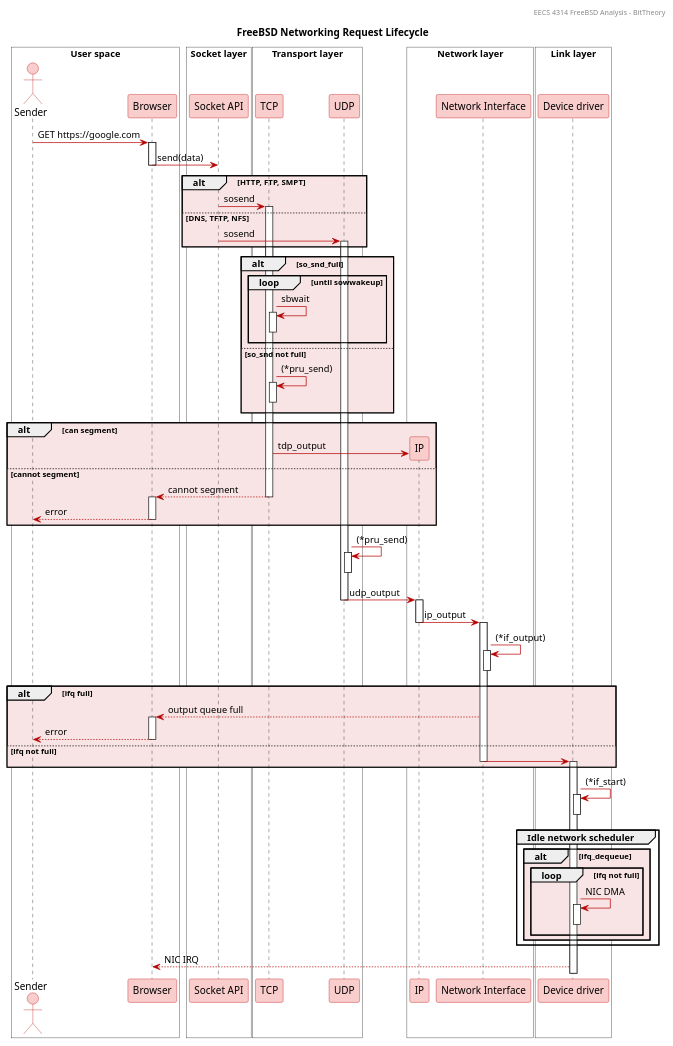
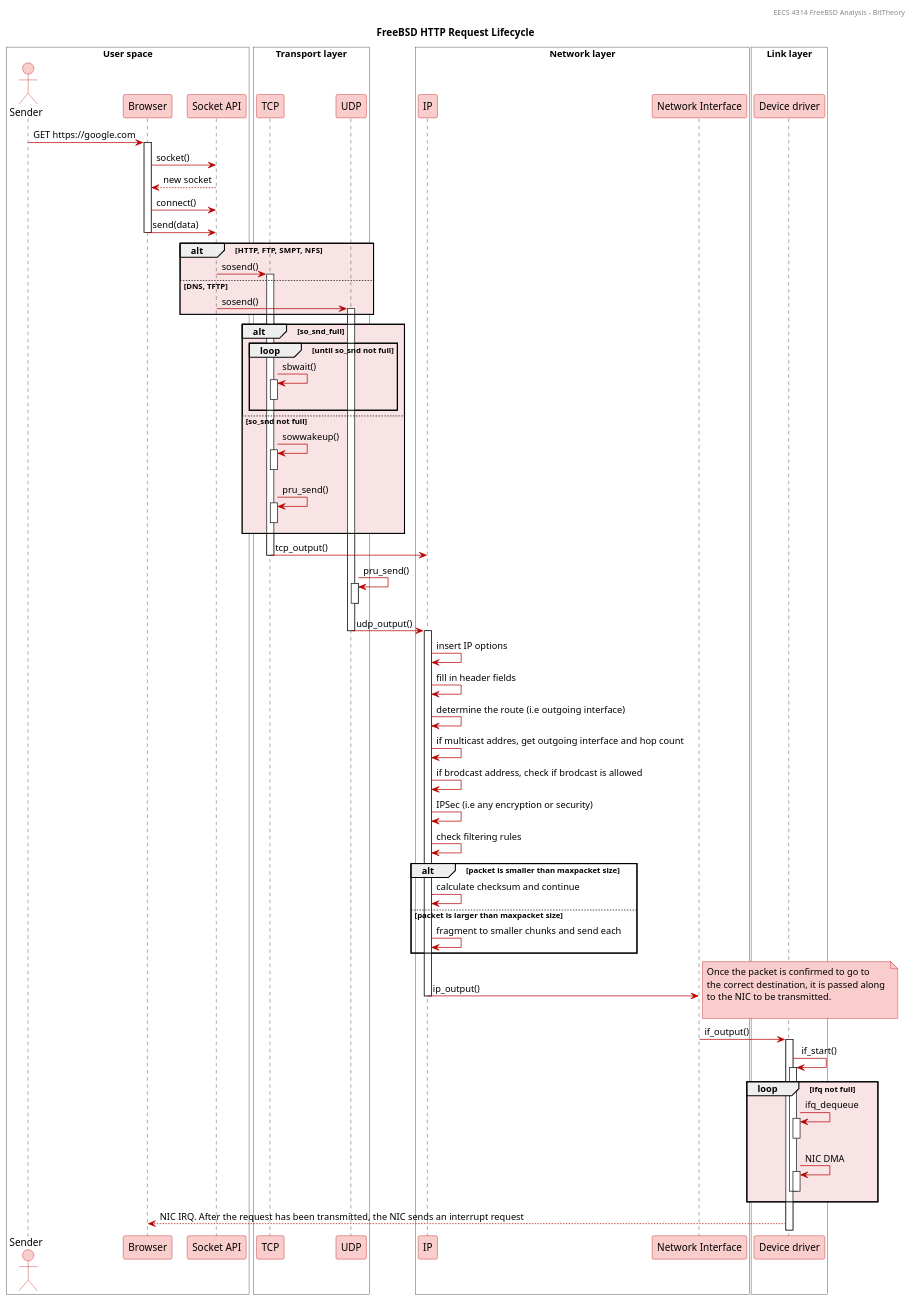
The diagram in a1/assets/sequence_diagrams/network-send-flow.pu (BitTheoryProject/eecs4314-reports), drawn with PlantUML before and after one commit.

Commit message:
Updated network send flow diagram for A1

```diff
--- a/a1/assets/sequence_diagrams/network-send-flow.pu
+++ b/a1/assets/sequence_diagrams/network-send-flow.pu
@@ -1,123 +1,116 @@
 @startuml
-title FreeBSD Networking Request Lifecycle 
+title FreeBSD HTTP Request Lifecycle 
 header EECS 4314 FreeBSD Analysis - BitTheory
 
 skinparam {
-	ArrowColor #B70000
+  ArrowColor #B70000
 
-	ActorBackgroundColor #F8CDCC
-	ActorBorderColor #B70000
+  ActorBackgroundColor #F8CDCC
+  ActorBorderColor #B70000
 
-	NoteBackgroundColor #F8CDCC
-	NoteBorderColor #B70000
+  NoteBackgroundColor #F8CDCC
+  NoteBorderColor #B70000
 
-	ParticipantBackgroundColor #F8CDCC
-	ParticipantBorderColor #B70000
+  ParticipantBackgroundColor #F8CDCC
+  ParticipantBorderColor #B70000
+  
+  NoteBackgroundColor #F8CDCC
+  NoteBorderColor #B70000
 
-	NoteBackgroundColor #F8CDCC
-	NoteBorderColor #B70000
-
-	DatabaseBackgroundColor #F8CDCC
-	DatabaseBorderColor #B70000
+  DatabaseBackgroundColor #F8CDCC
+  DatabaseBorderColor #B70000
 }
 
 box "User space" #ffffff
-Actor Sender as s
-participant "Browser" as br
-
-box "Socket layer" #ffffff
-participant "Socket API" as sas
-end box
+  Actor Sender as s
+  participant "Browser" as br
+  participant "Socket API" as sa
 end box
 
 box "Transport layer" #ffffff
 participant TCP
 participant UDP
 end box
 
 box "Network layer" #ffffff
 participant IP
 participant "Network Interface" as ni
 end box
 
 box "Link layer" #ffffff
 participant "Device driver" as dd
 end box
 
 s -> br : GET https://google.com
 activate br
-br -> sas : send(data)
+br -> sa : socket()
+sa --> br : new socket
+br -> sa : connect()
+br -> sa : send(data)
 deactivate br
 
-alt #F8E4E4 HTTP, FTP, SMPT
-  sas -> TCP : sosend
+alt #F8E4E4 HTTP, FTP, SMPT, NFS
+  sa -> TCP : sosend()
   activate TCP
-else DNS, TFTP, NFS
-  sas -> UDP : sosend
+else DNS, TFTP
+  sa -> UDP : sosend()
   activate UDP
 end
 
 alt #F8E4E4 so_snd_full
-  loop #F8E4E4 until sowwakeup
-    TCP -> TCP : sbwait   
+  loop #F8E4E4 until so_snd not full 
+    TCP -> TCP : sbwait()
     activate TCP
     deactivate TCP
   end 
 else so_snd not full
-  TCP -> TCP : (*pru_send)
+  TCP -> TCP : sowwakeup()
+  activate TCP
+  deactivate TCP
+  TCP -> TCP : pru_send()
   activate TCP
   deactivate TCP
 end
 
-alt #F8E4E4 can segment
-  TCP -> IP **: tdp_output
-else cannot segment
-  TCP --> br : cannot segment
-  deactivate TCP
-  activate br
-  br --> s : error
-  deactivate br
+TCP -> IP : tcp_output()
+deactivate TCP
+UDP -> UDP : pru_send()
+activate UDP
+deactivate UDP
+UDP -> IP : udp_output()
+deactivate UDP
+
+activate IP
+IP -> IP : insert IP options
+IP -> IP : fill in header fields
+IP -> IP : determine the route (i.e outgoing interface)
+IP -> IP : if multicast addres, get outgoing interface and hop count
+IP -> IP : if brodcast address, check if brodcast is allowed
+IP -> IP : IPSec (i.e any encryption or security)
+IP -> IP : check filtering rules
+alt packet is smaller than maxpacket size
+  IP -> IP : calculate checksum and continue
+else packet is larger than maxpacket size
+  IP -> IP : fragment to smaller chunks and send each
 end
 
-UDP -> UDP : (*pru_send)
-activate UDP
-deactivate UDP
-UDP -> IP : udp_output
-deactivate UDP
-activate IP
+IP -> ni : ip_output()
+note right : Once the packet is confirmed to go to\nthe correct destination, it is passed along \nto the NIC to be transmitted.\n
+deactivate IP
+ni -> dd : if_output()
+deactivate ni
+activate dd
+dd -> dd : if_start()
+activate dd
 
-IP -> ni : ip_output
-deactivate IP
-activate ni
-
-ni -> ni : (*if_output)
-activate ni
-deactivate ni
-
-alt #F8E4E4 ifq full
-  ni --> br : output queue full
-  activate br
-  br --> s : error
-  deactivate br
-else ifq not full
-  ni -> dd
-  deactivate IP
-  deactivate ni
+loop #F8E4E4 ifq not full
+  dd -> dd : ifq_dequeue
   activate dd
+  deactivate dd
+  dd -> dd : NIC DMA
+  activate dd
+  deactivate dd
+  deactivate dd
 end
-
-dd -> dd : (*if_start)
-activate dd
-deactivate dd
-
-group Idle network scheduler
-  alt #F8E4E4 ifq_dequeue
-    loop #F8E4E4 ifq not full
-      dd -> dd : NIC DMA
-      activate dd
-      deactivate dd
-    end
-  end 
-end
-dd --> br : NIC IRQ
+dd --> br : NIC IRQ. After the request has been transmitted, the NIC sends an interrupt request
 @enduml
```
